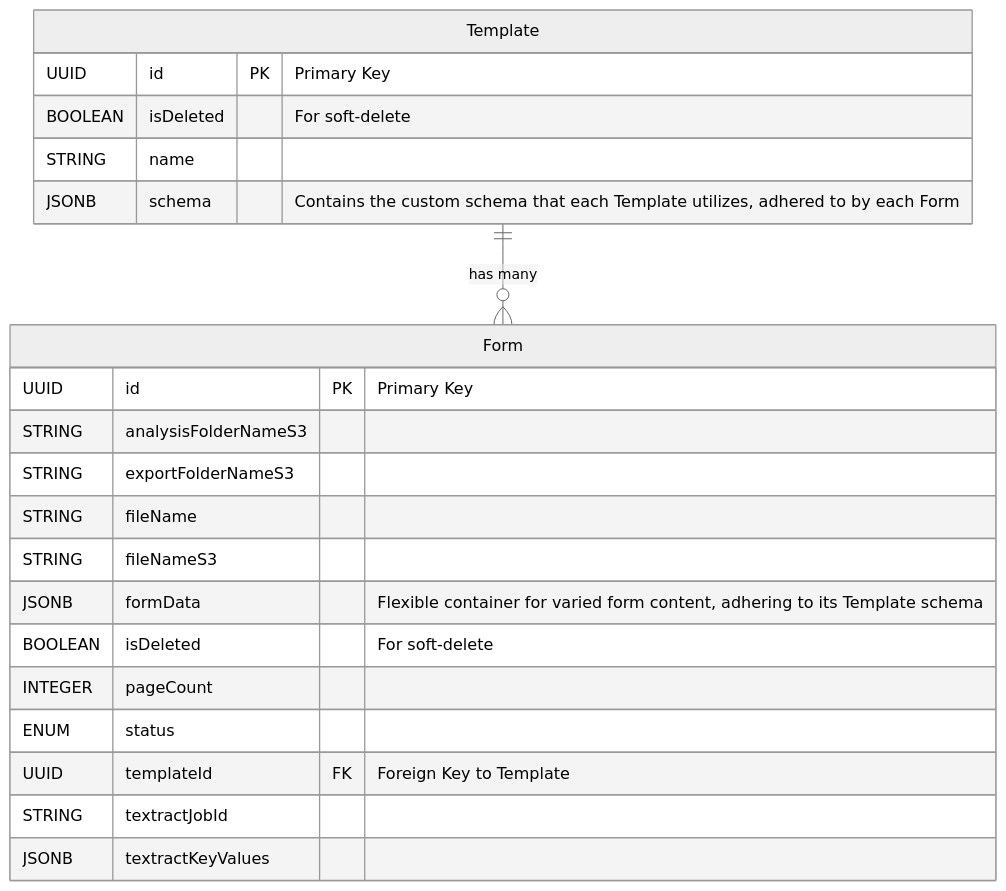
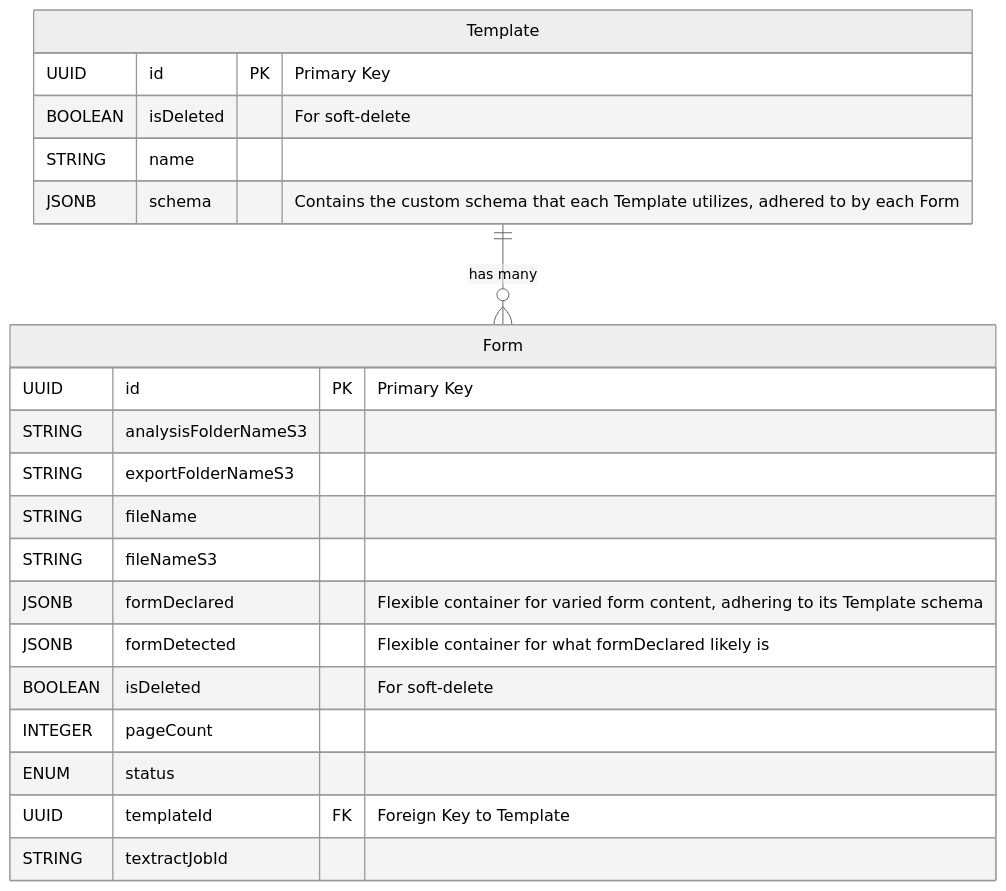
The third of 4 diagrams in README.md (rob-mosher/form-toolbox-app), drawn with Mermaid (neutral theme) before and after one commit. The commit also changed 12 other files, not shown here.

````diff
--- a/README.md
+++ b/README.md
@@ -115,26 +115,26 @@
 ```mermaid
 erDiagram
   Form {
     UUID id PK "Primary Key"
     STRING analysisFolderNameS3
     STRING exportFolderNameS3
     STRING fileName
     STRING fileNameS3
-    JSONB formData "Flexible container for varied form content, adhering to its Template schema"
+    JSONB formDeclared "Flexible container for varied form content, adhering to its Template schema"
+    JSONB formDetected "Flexible container for what formDeclared likely is"
     BOOLEAN isDeleted "For soft-delete"
     INTEGER pageCount
     ENUM status
     UUID templateId FK "Foreign Key to Template"
     STRING textractJobId
-    JSONB textractKeyValues
   }
 
   Template {
     UUID id PK "Primary Key"
     BOOLEAN isDeleted "For soft-delete"
     STRING name
     JSONB schema "Contains the custom schema that each Template utilizes, adhered to by each Form"
   }
 
 Template ||--o{ Form : "has many"
 ```
````
